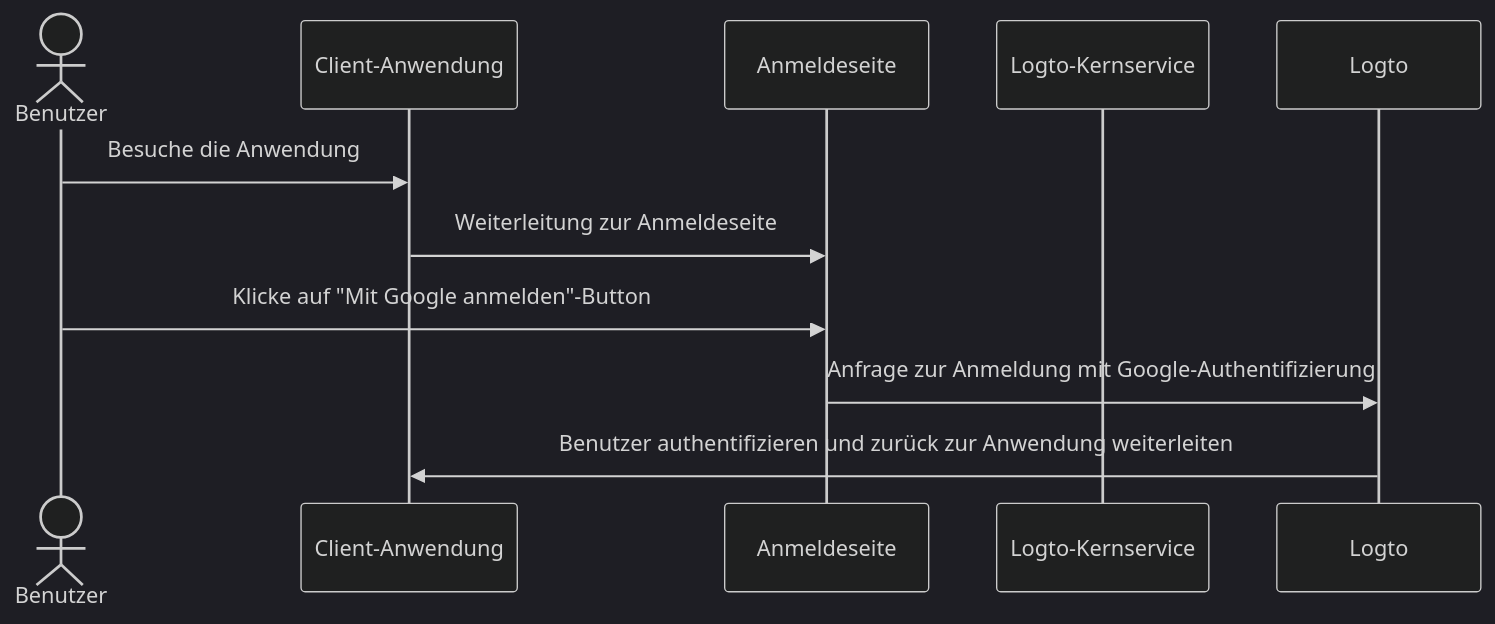
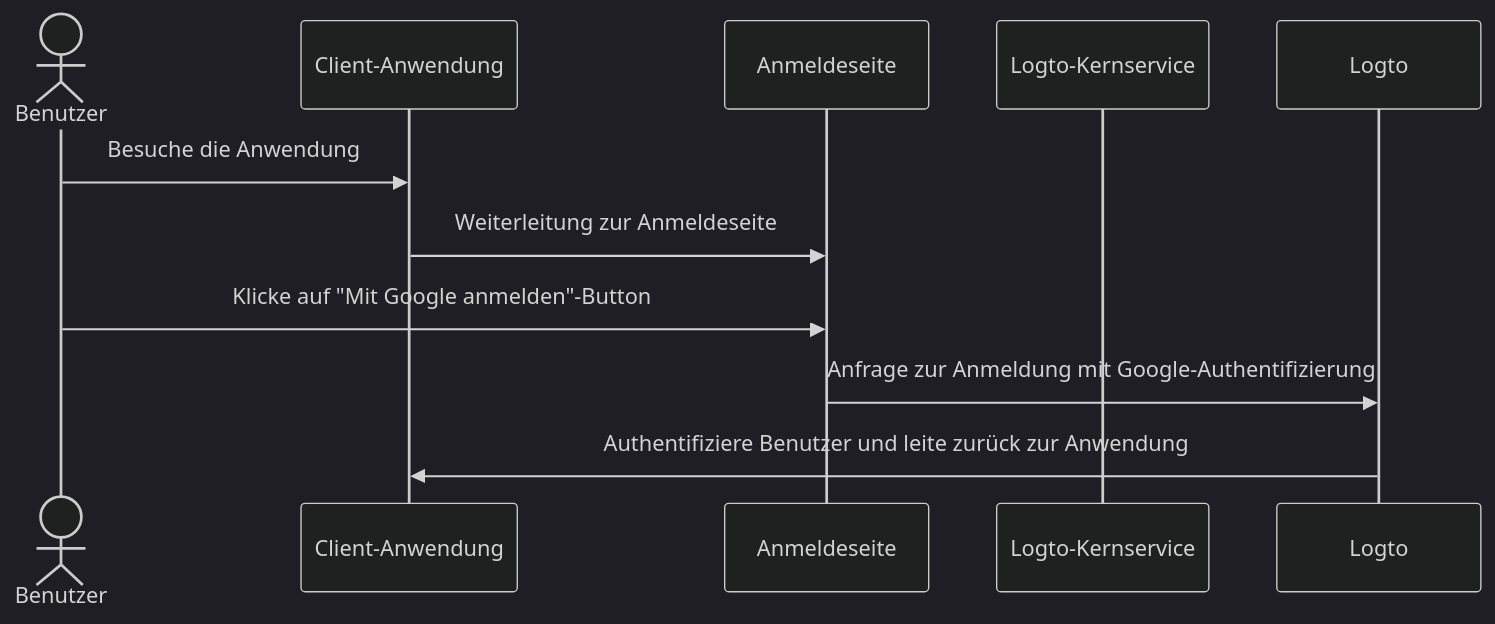
Before and after one commit to logto-io/docs: the second of 5 diagrams in i18n/de/docusaurus-plugin-content-docs/current/end-user-flows/sign-up-and-sign-in/social-sign-in.mdx, drawn with Mermaid (dark theme). The commit also changed other lines of this file and 428 other files, not shown here.

````diff
--- a/i18n/de/docusaurus-plugin-content-docs/current/end-user-flows/sign-up-and-sign-in/social-sign-in.mdx
+++ b/i18n/de/docusaurus-plugin-content-docs/current/end-user-flows/sign-up-and-sign-in/social-sign-in.mdx
@@ -71,13 +72,13 @@
 ```mermaid
 sequenceDiagram
 actor user as Benutzer
     participant app as Client-Anwendung
     participant experience as Anmeldeseite
     participant logto as Logto-Kernservice
 
     user->>app: Besuche die Anwendung
     app->>experience: Weiterleitung zur Anmeldeseite
     user->>experience: Klicke auf "Mit Google anmelden"-Button
     experience->>Logto: Anfrage zur Anmeldung mit Google-Authentifizierung
-    Logto->>app: Benutzer authentifizieren und zurück zur Anwendung weiterleiten
+    Logto->>app: Authentifiziere Benutzer und leite zurück zur Anwendung
 ```
````
